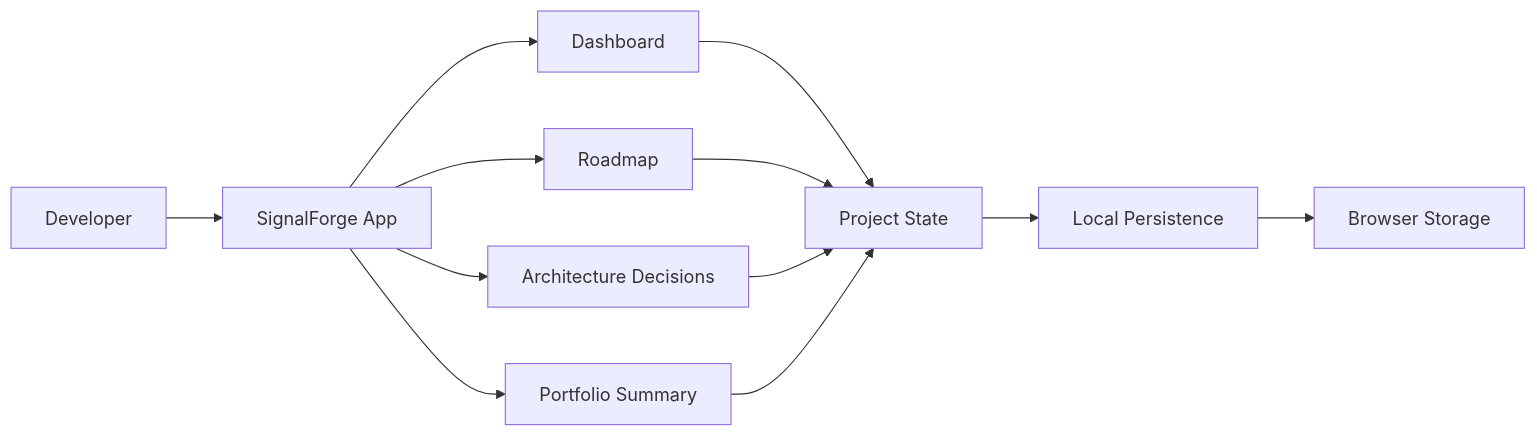
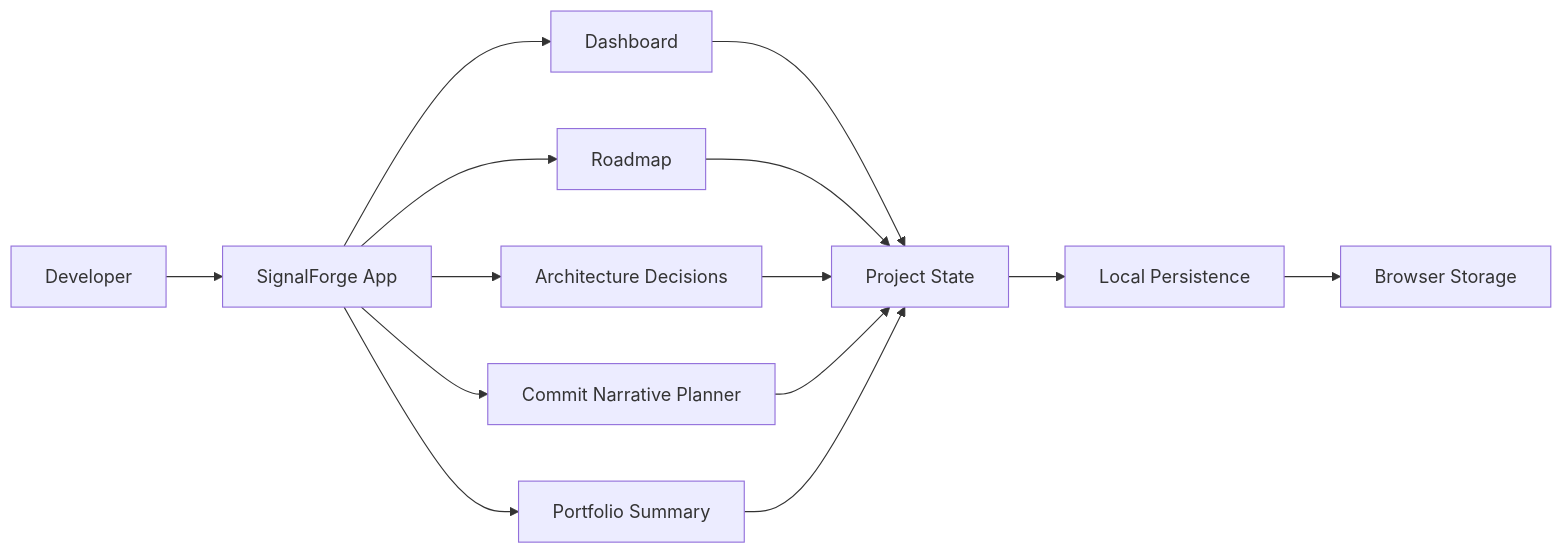
Before and after one commit to ASKR04/JavaScript: the first of 2 diagrams in signalforge/README.md, drawn with Mermaid. The commit also changed other lines of this file and 12 other files, not shown here.

Commit message:
feat(signalforge): add commit narrative planner

````diff
--- a/signalforge/README.md
+++ b/signalforge/README.md
@@ -27,14 +27,16 @@
 ```mermaid
 flowchart LR
     User["Developer"] --> App["SignalForge App"]
     App --> Dashboard["Dashboard"]
     App --> Roadmap["Roadmap"]
     App --> Decisions["Architecture Decisions"]
+    App --> Commits["Commit Narrative Planner"]
     App --> Summary["Portfolio Summary"]
     Dashboard --> Store["Project State"]
     Roadmap --> Store
     Decisions --> Store
+    Commits --> Store
     Summary --> Store
     Store --> Persistence["Local Persistence"]
     Persistence --> Browser["Browser Storage"]
 ```
````
